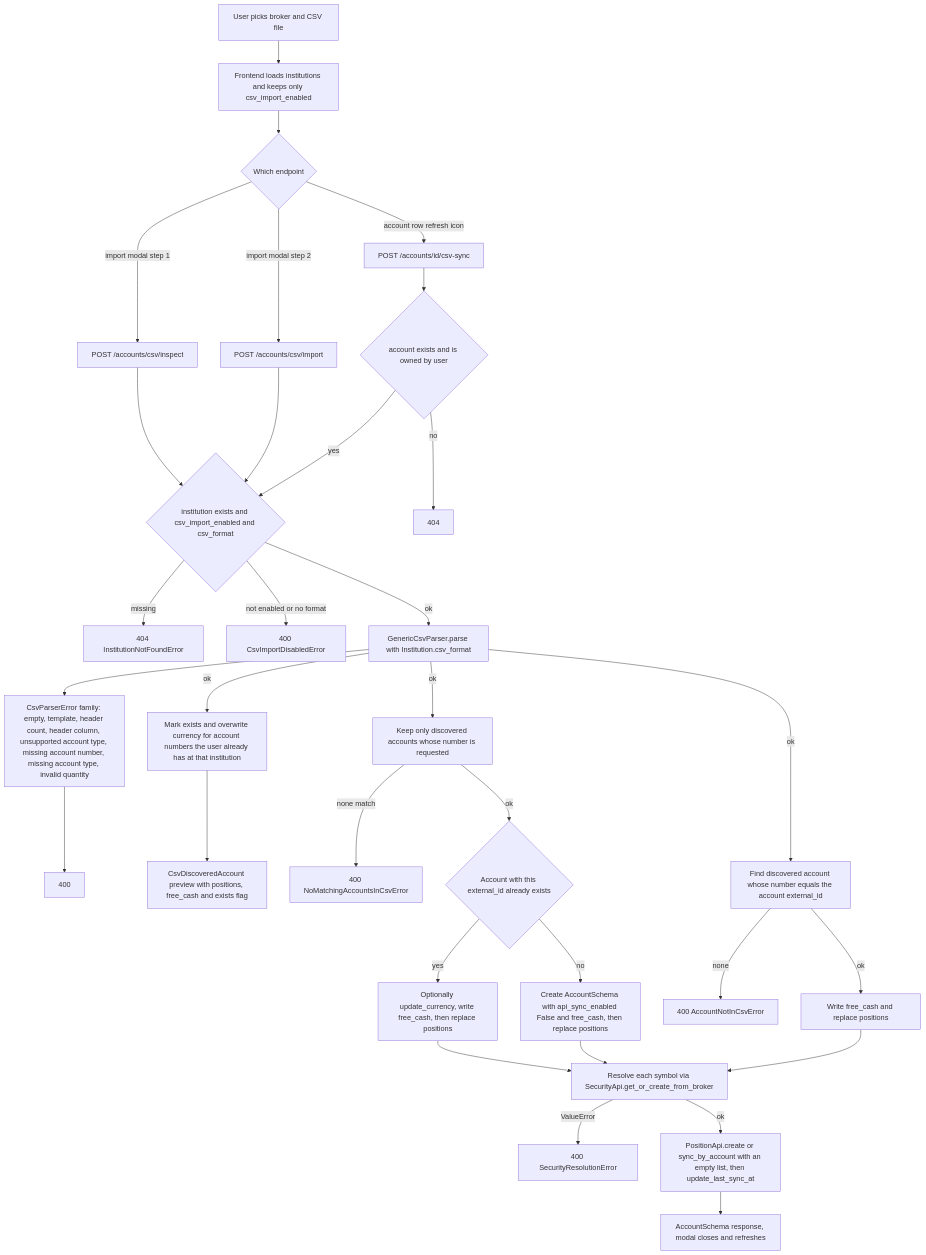
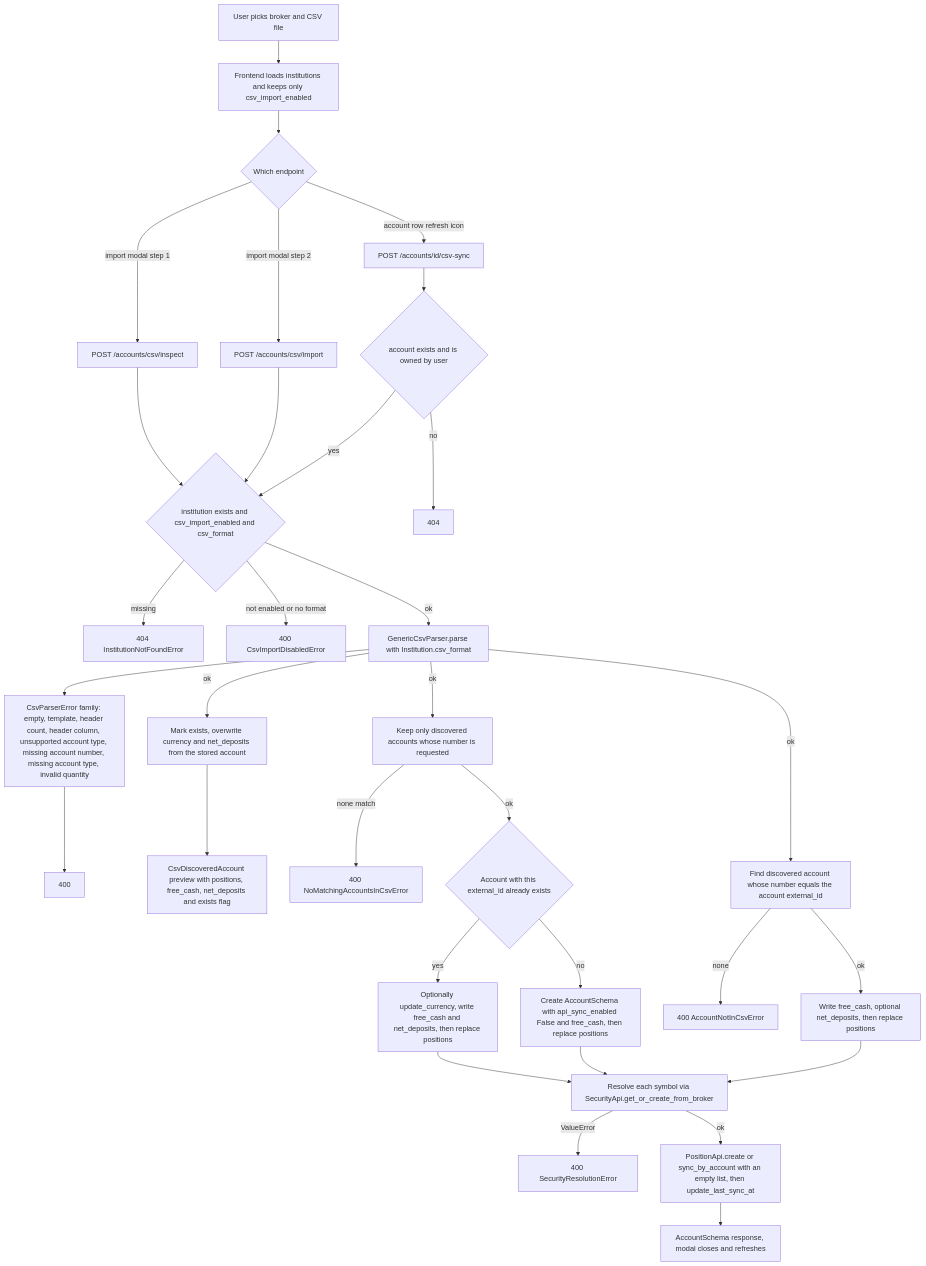
The first of 4 diagrams in openwiki/workflows/csv-import.md (havekes/retail-portfolio), drawn with Mermaid before and after one commit. The commit also changed other lines of this file and 57 other files, not shown here.

````diff
--- a/openwiki/workflows/csv-import.md
+++ b/openwiki/workflows/csv-import.md
@@ -277,39 +290,39 @@
 ```mermaid
 flowchart TD
   Start["User picks broker and CSV file"] --> Load["Frontend loads institutions and keeps only csv_import_enabled"]
   Load --> Mode{"Which endpoint"}
   Mode -- "import modal step 1" --> Inspect["POST /accounts/csv/inspect"]
   Mode -- "import modal step 2" --> Import["POST /accounts/csv/import"]
   Mode -- "account row refresh icon" --> Sync["POST /accounts/id/csv-sync"]
 
   Inspect --> Gate{"institution exists and csv_import_enabled and csv_format"}
   Import --> Gate
   Sync --> SyncGate{"account exists and is owned by user"}
   SyncGate -- no --> NotFound["404"]
   SyncGate -- yes --> Gate
   Gate -- "missing" --> InstErr["404 InstitutionNotFoundError"]
   Gate -- "not enabled or no format" --> DisabledErr["400 CsvImportDisabledError"]
   Gate -- ok --> Parse["GenericCsvParser.parse with Institution.csv_format"]
 
   Parse --> ParseErr["CsvParserError family: empty, template, header count, header column, unsupported account type, missing account number, missing account type, invalid quantity"]
   ParseErr --> Bad["400"]
-  Parse -- ok --> InspectMark["Mark exists and overwrite currency for account numbers the user already has at that institution"]
-  InspectMark --> Preview["CsvDiscoveredAccount preview with positions, free_cash and exists flag"]
+  Parse -- ok --> InspectMark["Mark exists, overwrite currency and net_deposits from the stored account"]
+  InspectMark --> Preview["CsvDiscoveredAccount preview with positions, free_cash, net_deposits and exists flag"]
 
   Parse -- ok --> Select["Keep only discovered accounts whose number is requested"]
   Select -- "none match" --> NoMatch["400 NoMatchingAccountsInCsvError"]
   Select -- ok --> Exists{"Account with this external_id already exists"}
-  Exists -- yes --> UpdateCur["Optionally update_currency, write free_cash, then replace positions"]
+  Exists -- yes --> UpdateCur["Optionally update_currency, write free_cash and net_deposits, then replace positions"]
   Exists -- no --> Create["Create AccountSchema with api_sync_enabled False and free_cash, then replace positions"]
 
   Parse -- ok --> Find["Find discovered account whose number equals the account external_id"]
   Find -- "none" --> NotInCsv["400 AccountNotInCsvError"]
-  Find -- ok --> Replace["Write free_cash and replace positions"]
+  Find -- ok --> Replace["Write free_cash, optional net_deposits, then replace positions"]
 
   UpdateCur --> Resolve
   Create --> Resolve
   Replace --> Resolve["Resolve each symbol via SecurityApi.get_or_create_from_broker"]
   Resolve -- "ValueError" --> SecErr["400 SecurityResolutionError"]
   Resolve -- ok --> Write["PositionApi.create or sync_by_account with an empty list, then update_last_sync_at"]
   Write --> Done["AccountSchema response, modal closes and refreshes"]
 ```
````
